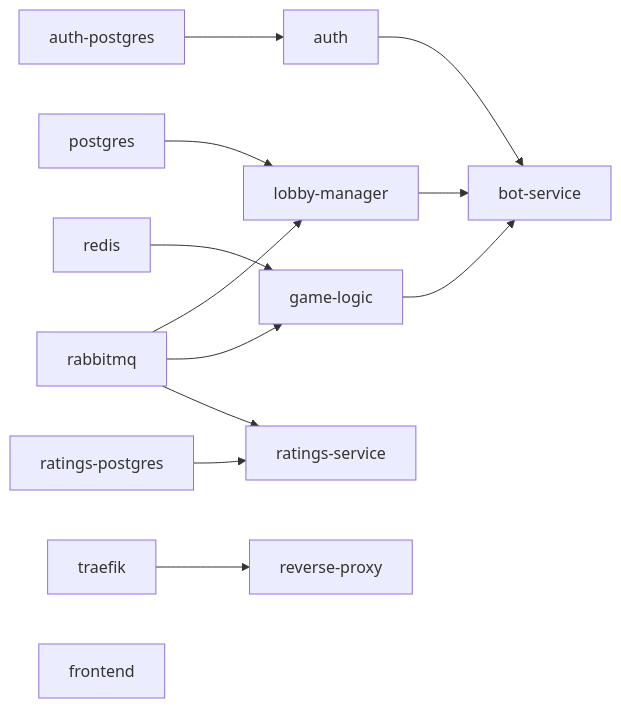
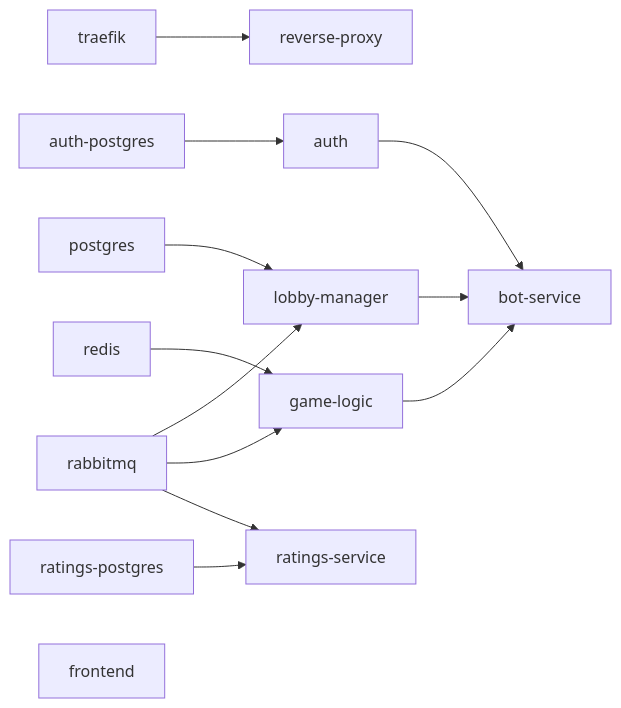
The second of 2 diagrams in docs/deployment-view.md (soetgdeznsgk/ArchSoft-Group1F), drawn with Mermaid before and after one commit. The commit also changed other lines of this file and 8 other files, not shown here.

````diff
--- a/docs/deployment-view.md
+++ b/docs/deployment-view.md
@@ -302,15 +362,15 @@
 ```mermaid
 flowchart LR
+  TR[traefik] --> RP[reverse-proxy]
   APG[auth-postgres] --> AUTH[auth]
   PG[postgres] --> LOBBY[lobby-manager]
   MQ[rabbitmq] --> LOBBY
   RD[redis] --> GAME[game-logic]
   MQ --> GAME
   AUTH --> BOT[bot-service]
   LOBBY --> BOT
   GAME --> BOT
   RPG[ratings-postgres] --> RAT[ratings-service]
   MQ --> RAT
-  TR[traefik] --> RP[reverse-proxy]
   FE[frontend]
 ```
````
